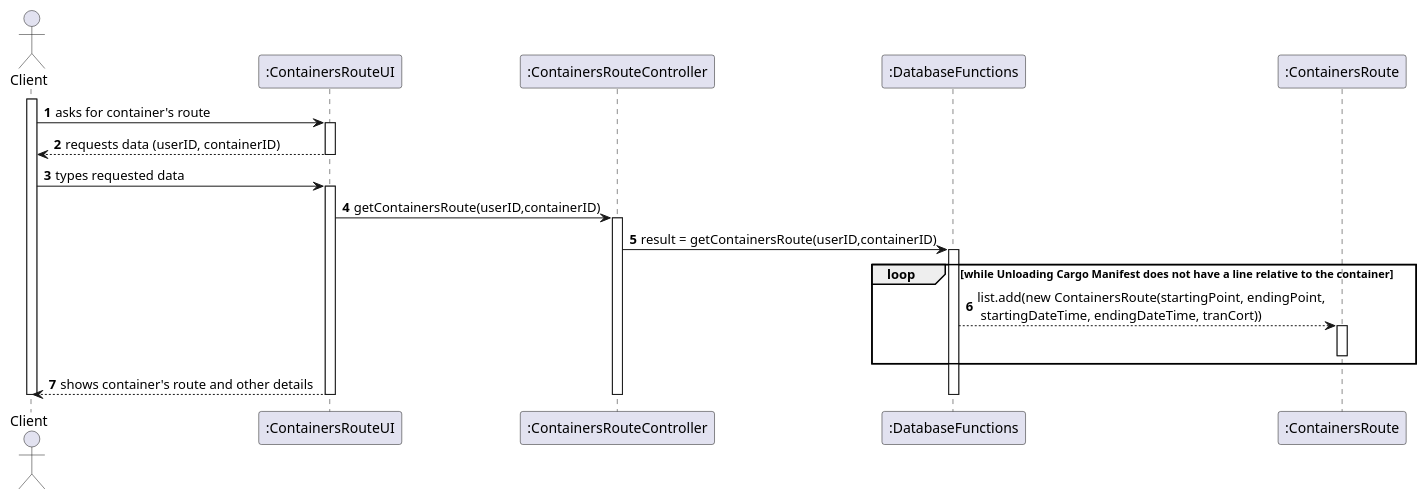
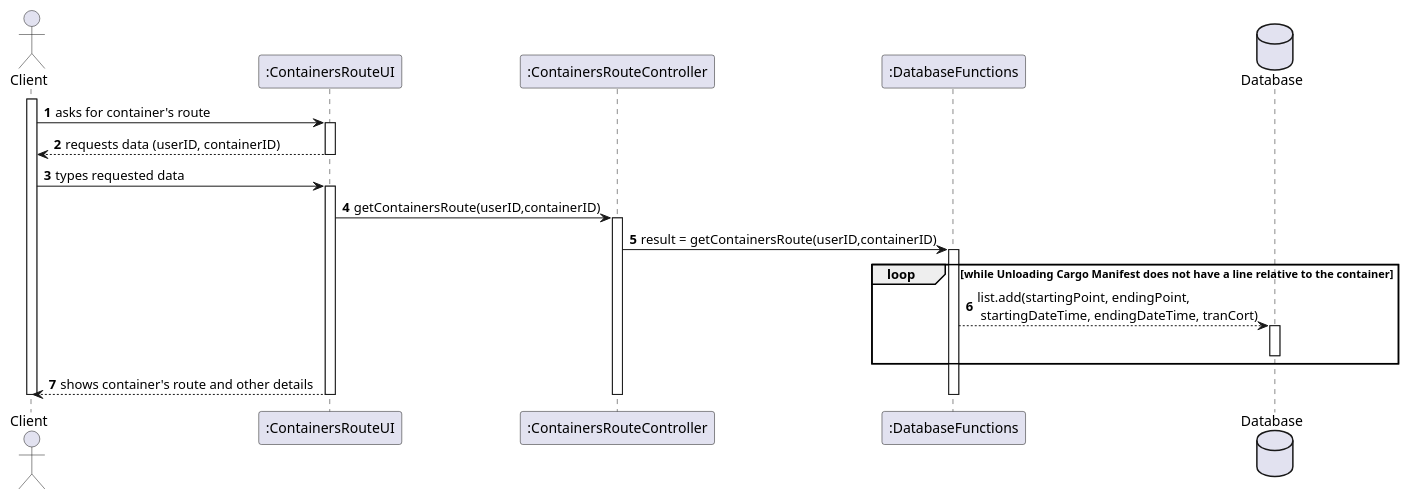
One commit to 1190772/LAB-Project-3 changed the diagram in docs/Sprint 3/US/US305/US305_SD.puml. Above: the diagram before and after it, drawn with PlantUML. The commit also changed 6 other files, not shown here.

```diff
--- a/docs/Sprint 3/US/US305/US305_SD.puml
+++ b/docs/Sprint 3/US/US305/US305_SD.puml
@@ -1,46 +1,46 @@
 @startuml
 'https://plantuml.com/class-diagram
 
 autonumber
 
 actor "Client" as C
 
 participant ":ContainersRouteUI" as UI
 participant ":ContainersRouteController" as CTRL
 participant ":DatabaseFunctions" as DBF
-participant ":ContainersRoute" as CR
+Database Database as DB
 
 activate C
 C -> UI : asks for container's route
 
 activate UI
 UI --> C : requests data (userID, containerID)
 deactivate UI
 
 C -> UI : types requested data
 activate UI
 
 
 
 UI -> CTRL : getContainersRoute(userID,containerID)
 
 activate CTRL
 
 CTRL -> DBF : result = getContainersRoute(userID,containerID)
 activate DBF
 
 loop while Unloading Cargo Manifest does not have a line relative to the container
 
-    DBF --> CR : list.add(new ContainersRoute(startingPoint, endingPoint,\n startingDateTime, endingDateTime, tranCort))
-    activate CR
-    deactivate CR
+    DBF --> DB : list.add(startingPoint, endingPoint,\n startingDateTime, endingDateTime, tranCort)
+    activate DB
+    deactivate DB
 end
 
 "UI" --> C : shows container's route and other details
 
 deactivate DBF
 deactivate CTRL
 deactivate UI
 deactivate C
 
 @enduml
```
